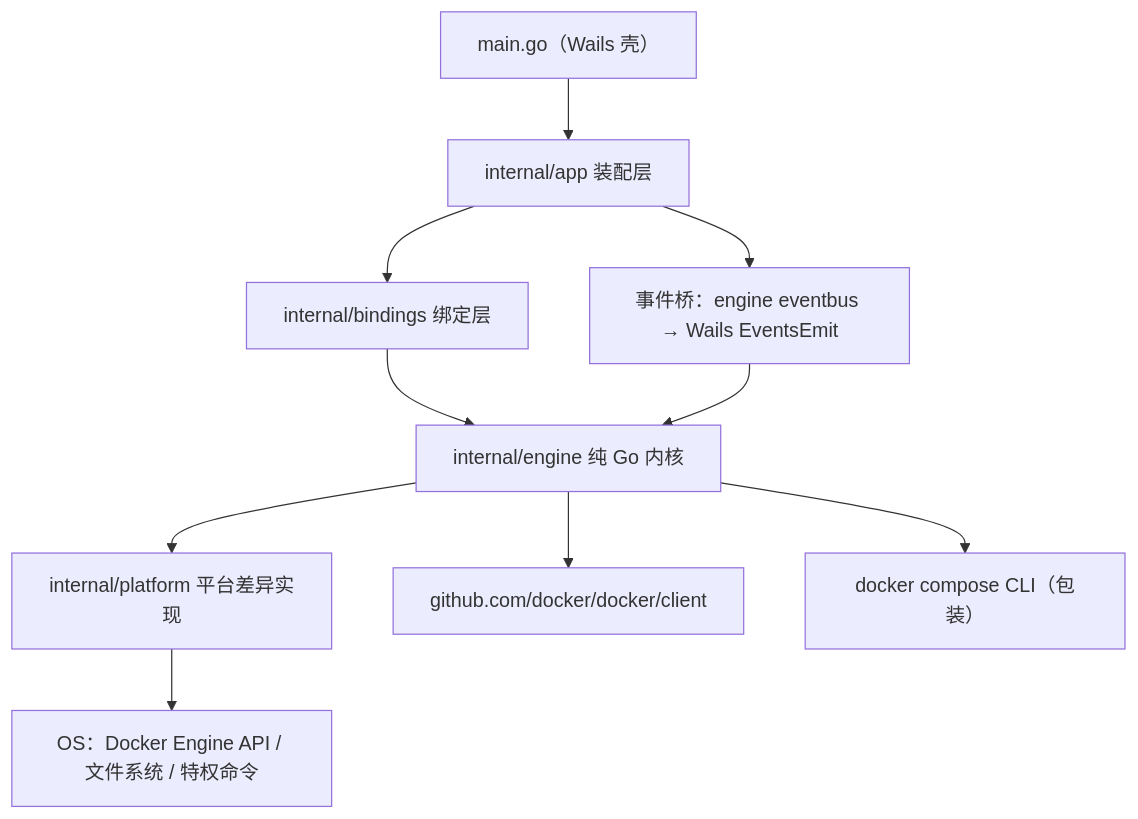
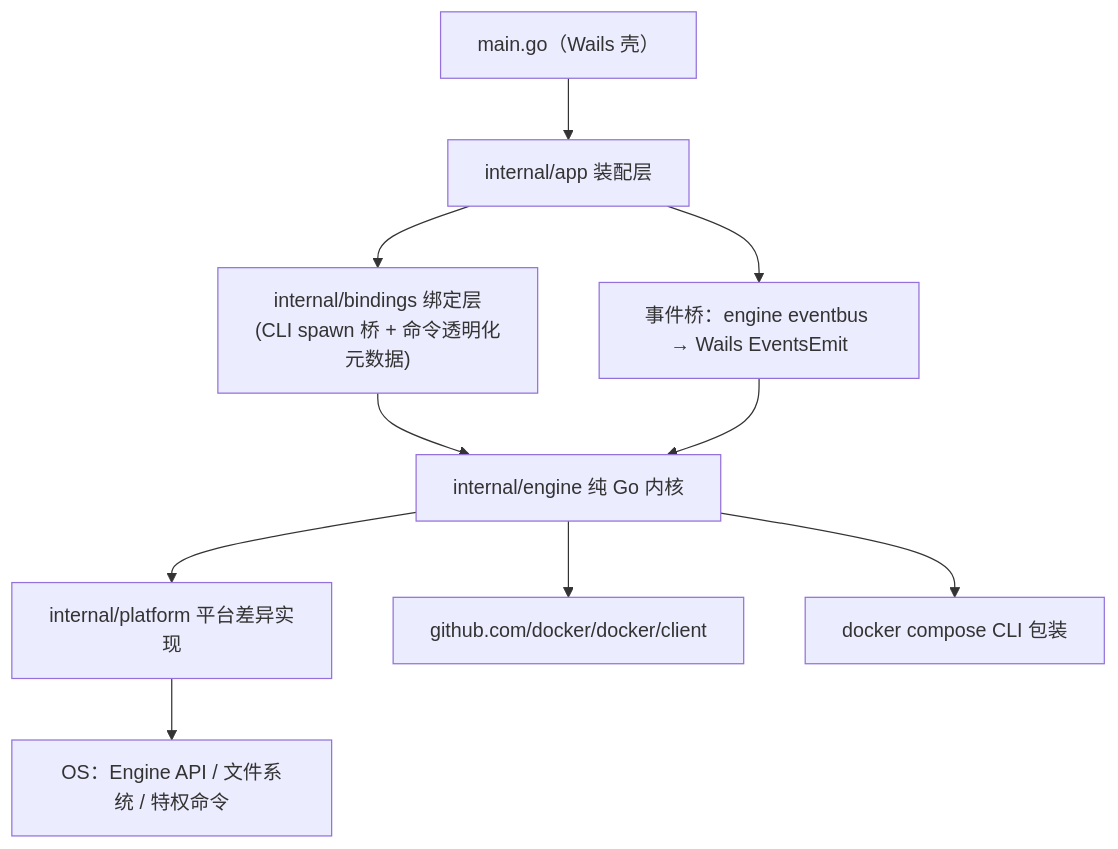
The diagram in docs/desktop-design-final.md (xiaokentrl/phpbox), drawn with Mermaid before and after one commit. The commit also changed other lines of this file, not shown here.

````diff
--- a/docs/desktop-design-final.md
+++ b/docs/desktop-design-final.md
@@ -45,12 +46,12 @@
 ```mermaid
 flowchart TD
     MAIN["main.go（Wails 壳）"] --> APP["internal/app 装配层"]
-    APP --> BIND["internal/bindings 绑定层"]
+    APP --> BIND["internal/bindings 绑定层<br/>(CLI spawn 桥 + 命令透明化元数据)"]
     APP --> BRIDGE["事件桥：engine eventbus → Wails EventsEmit"]
     BIND --> ENG["internal/engine 纯 Go 内核"]
     BRIDGE --> ENG
     ENG --> PLAT["internal/platform 平台差异实现"]
-    PLAT --> OS["OS：Docker Engine API / 文件系统 / 特权命令"]
+    PLAT --> OS["OS：Engine API / 文件系统 / 特权命令"]
     ENG --> DK["github.com/docker/docker/client"]
-    ENG --> COMP["docker compose CLI（包装）"]
+    ENG --> COMP["docker compose CLI 包装"]
 ```
````
